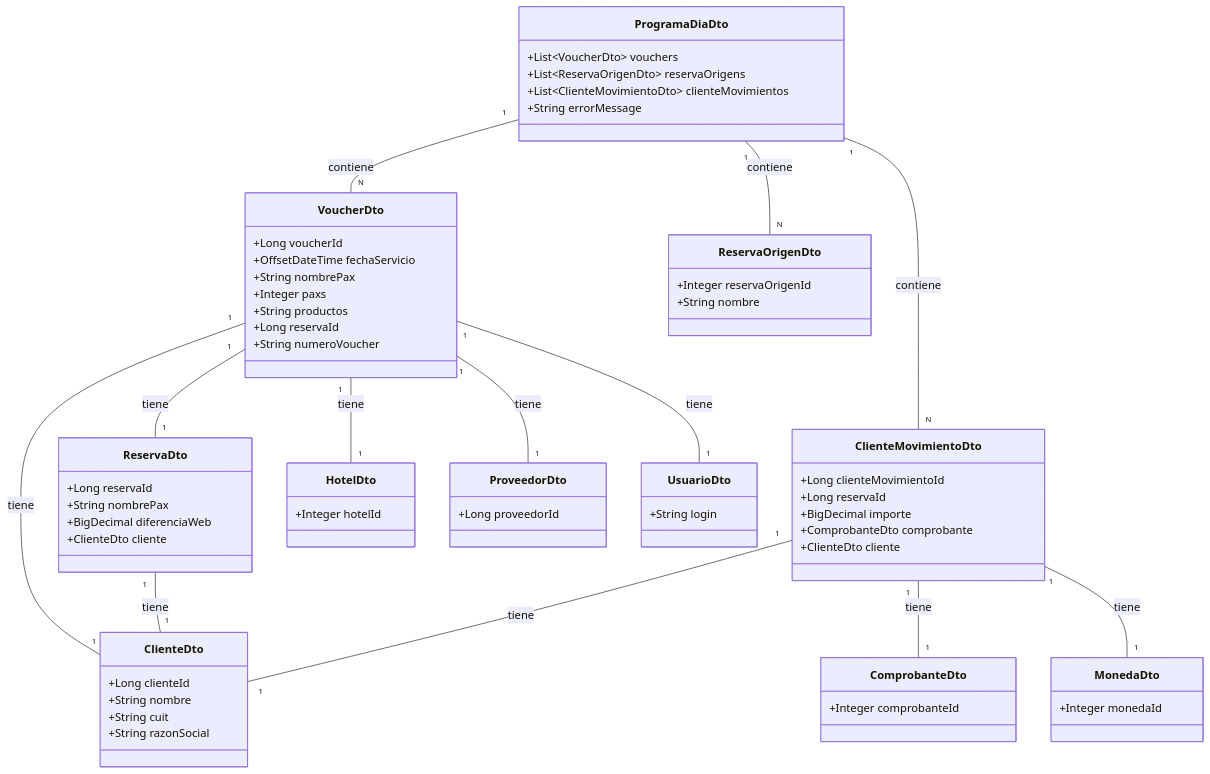
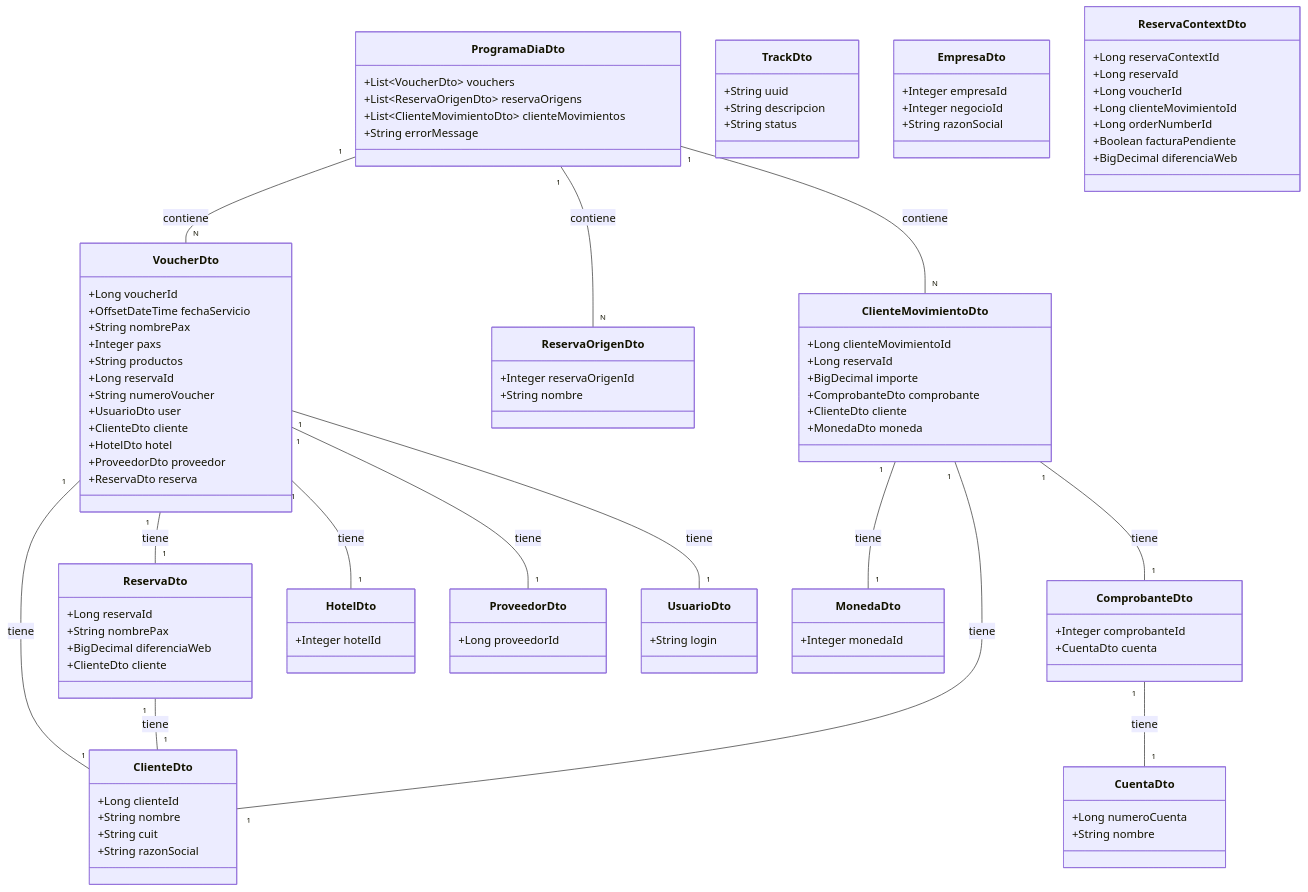
The diagram in docs/diagrams/data-model.mmd (ETEREA-services/ETEREA.programa-dia-service), drawn with Mermaid before and after one commit. The commit also changed 5 other files, not shown here.

```diff
--- a/docs/diagrams/data-model.mmd
+++ b/docs/diagrams/data-model.mmd
@@ -1,77 +1,112 @@
 classDiagram
     class ProgramaDiaDto {
         +List~VoucherDto~ vouchers
         +List~ReservaOrigenDto~ reservaOrigens
         +List~ClienteMovimientoDto~ clienteMovimientos
         +String errorMessage
     }
 
     class VoucherDto {
         +Long voucherId
         +OffsetDateTime fechaServicio
         +String nombrePax
         +Integer paxs
         +String productos
         +Long reservaId
         +String numeroVoucher
+        +UsuarioDto user
+        +ClienteDto cliente
+        +HotelDto hotel
+        +ProveedorDto proveedor
+        +ReservaDto reserva
     }
 
     class ReservaOrigenDto {
         +Integer reservaOrigenId
         +String nombre
     }
 
     class ClienteMovimientoDto {
         +Long clienteMovimientoId
         +Long reservaId
         +BigDecimal importe
         +ComprobanteDto comprobante
         +ClienteDto cliente
+        +MonedaDto moneda
     }
 
     class ClienteDto {
         +Long clienteId
         +String nombre
         +String cuit
         +String razonSocial
     }
 
     class ReservaDto {
         +Long reservaId
         +String nombrePax
         +BigDecimal diferenciaWeb
         +ClienteDto cliente
     }
 
     class ComprobanteDto {
         +Integer comprobanteId
+        +CuentaDto cuenta
     }
 
     class HotelDto {
         +Integer hotelId
     }
 
     class ProveedorDto {
         +Long proveedorId
     }
 
     class UsuarioDto {
         +String login
     }
 
     class MonedaDto {
         +Integer monedaId
     }
 
+    class TrackDto {
+        +String uuid
+        +String descripcion
+        +String status
+    }
+
+    class EmpresaDto {
+        +Integer empresaId
+        +Integer negocioId
+        +String razonSocial
+    }
+
+    class CuentaDto {
+        +Long numeroCuenta
+        +String nombre
+    }
+
+    class ReservaContextDto {
+        +Long reservaContextId
+        +Long reservaId
+        +Long voucherId
+        +Long clienteMovimientoId
+        +Long orderNumberId
+        +Boolean facturaPendiente
+        +BigDecimal diferenciaWeb
+    }
+
     ProgramaDiaDto "1" -- "N" VoucherDto : contiene
     ProgramaDiaDto "1" -- "N" ReservaOrigenDto : contiene
     ProgramaDiaDto "1" -- "N" ClienteMovimientoDto : contiene
     VoucherDto "1" -- "1" ClienteDto : tiene
     VoucherDto "1" -- "1" HotelDto : tiene
     VoucherDto "1" -- "1" ProveedorDto : tiene
     VoucherDto "1" -- "1" ReservaDto : tiene
     VoucherDto "1" -- "1" UsuarioDto : tiene
     ReservaDto "1" -- "1" ClienteDto : tiene
     ClienteMovimientoDto "1" -- "1" ComprobanteDto : tiene
     ClienteMovimientoDto "1" -- "1" ClienteDto : tiene
     ClienteMovimientoDto "1" -- "1" MonedaDto : tiene
+    ComprobanteDto "1" -- "1" CuentaDto : tiene
```
